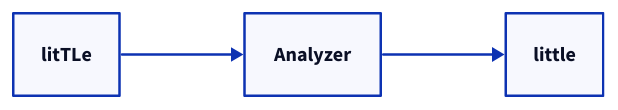
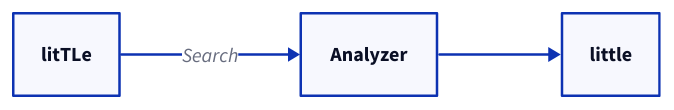
Before and after one commit to link1905/system-design-101: diagram 18 of 19 in content/docs/data-persistence/nosql-database.md, drawn with D2. The commit also changed other lines of this file and 49 other files, not shown here.

````diff
--- a/content/docs/data-persistence/nosql-database.md
+++ b/content/docs/data-persistence/nosql-database.md
@@ -794,9 +828,10 @@
 ```d2
 direction: right
 o: "litTLe"
 t: "little"
 a: Analyzer {
   class: process
 }
-o -> a -> t
+o -> a: Search
+a -> t
 ```
````
